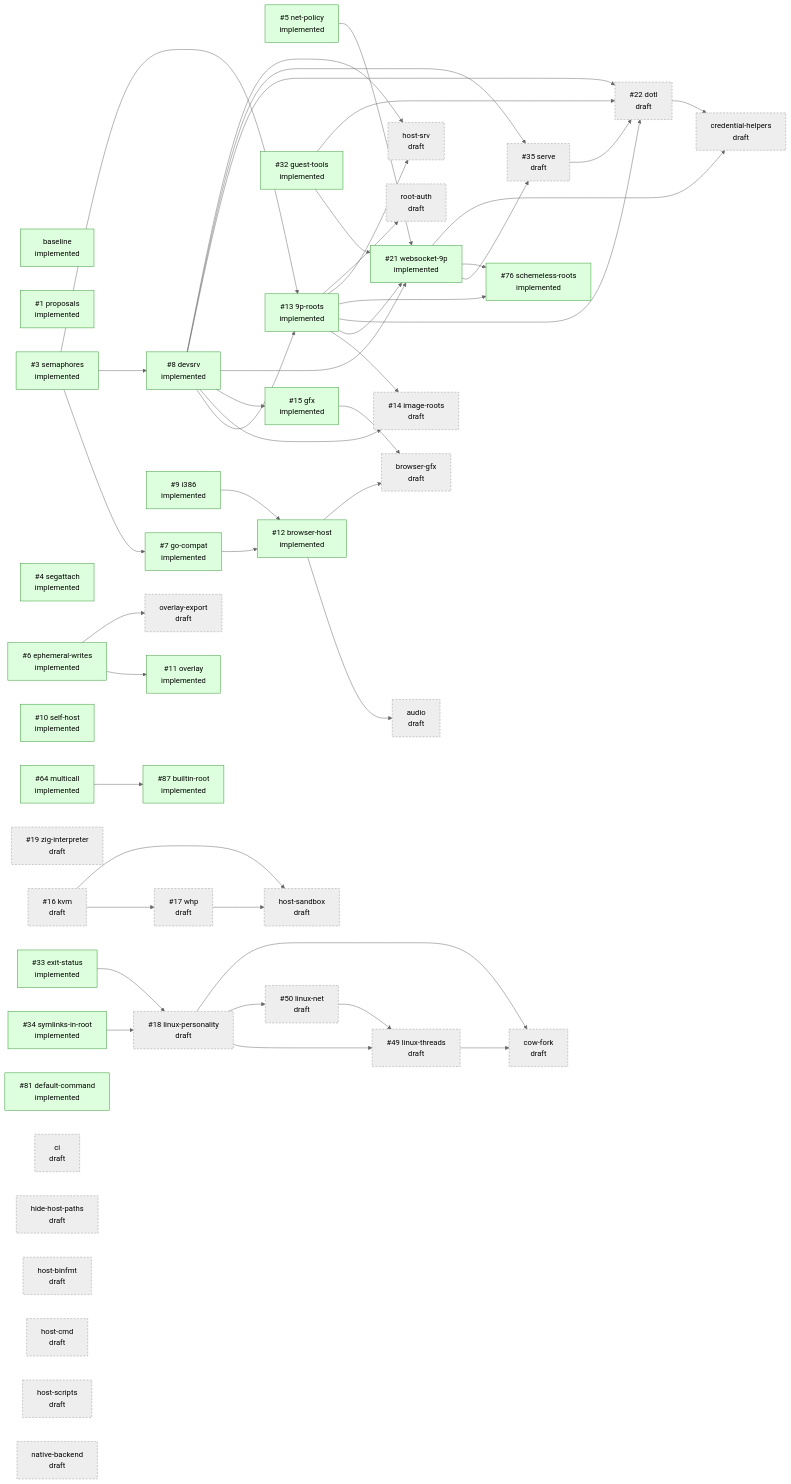
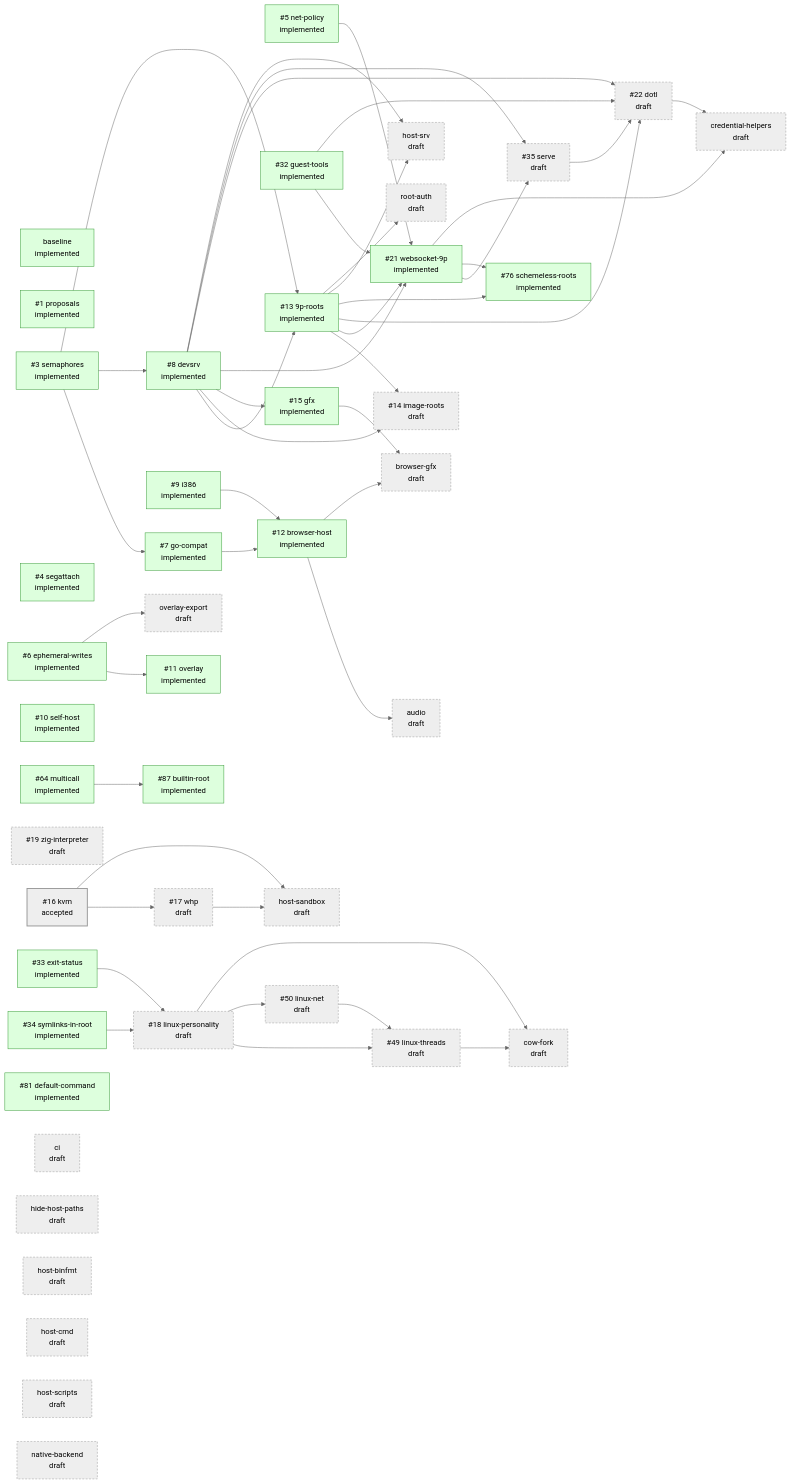
Before and after one commit to progrium/hyper9: the diagram in design/STATUS.md, drawn with Mermaid (neutral theme). The commit also changed other lines of this file, not shown here.

Commit message:
design: regenerate STATUS.md

```diff
--- a/design/STATUS.md
+++ b/design/STATUS.md
@@ -73,7 +73,7 @@
   p_9p_roots["#35;13 9p-roots<br/>implemented"]:::implemented
   p_image_roots["#35;14 image-roots<br/>draft"]:::draft
   p_gfx["#35;15 gfx<br/>implemented"]:::implemented
-  p_kvm["#35;16 kvm<br/>draft"]:::draft
+  p_kvm["#35;16 kvm<br/>accepted"]:::accepted
   p_whp["#35;17 whp<br/>draft"]:::draft
   p_linux_personality["#35;18 linux-personality<br/>draft"]:::draft
   p_zig_interpreter["#35;19 zig-interpreter<br/>draft"]:::draft
```
